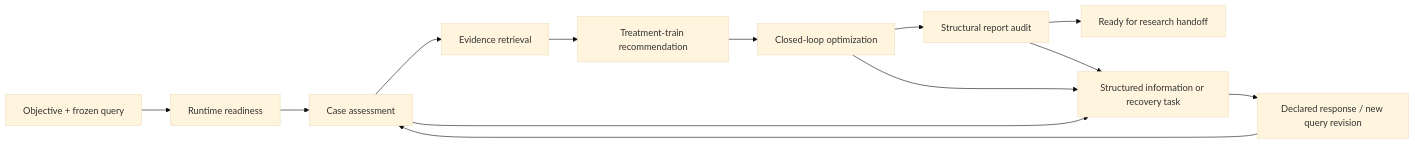
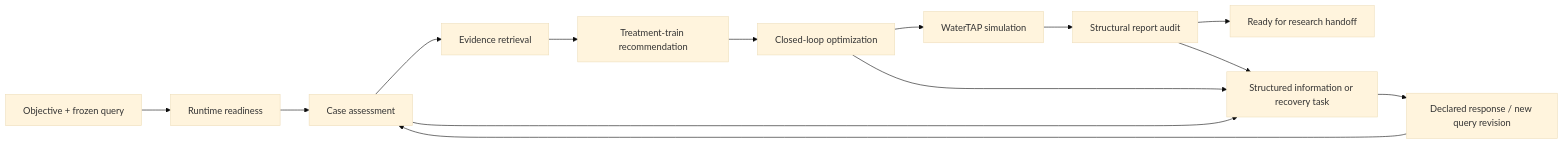
Before and after one commit to zhaorui-bi/HydroWeaver: the diagram in docs/RESEARCH_TASKS.md, drawn with Mermaid (base theme). The commit also changed other lines of this file and 12 other files, not shown here.

First line of the commit message:
feat: run WaterTAP simulation inside the research flow

````diff
--- a/docs/RESEARCH_TASKS.md
+++ b/docs/RESEARCH_TASKS.md
@@ -11,15 +11,16 @@
 ```mermaid
 flowchart LR
     Request[Objective + frozen query] --> Readiness[Runtime readiness]
     Readiness --> Case[Case assessment]
     Case --> Evidence[Evidence retrieval]
     Evidence --> Design[Treatment-train recommendation]
     Design --> Optimize[Closed-loop optimization]
-    Optimize --> Audit[Structural report audit]
+    Optimize --> Simulate[WaterTAP simulation]
+    Simulate --> Audit[Structural report audit]
     Audit --> Handoff[Ready for research handoff]
     Case --> Attention[Structured information or recovery task]
     Audit --> Attention
     Optimize --> Attention
     Attention --> Revision[Declared response / new query revision]
     Revision --> Case
 ```
````
